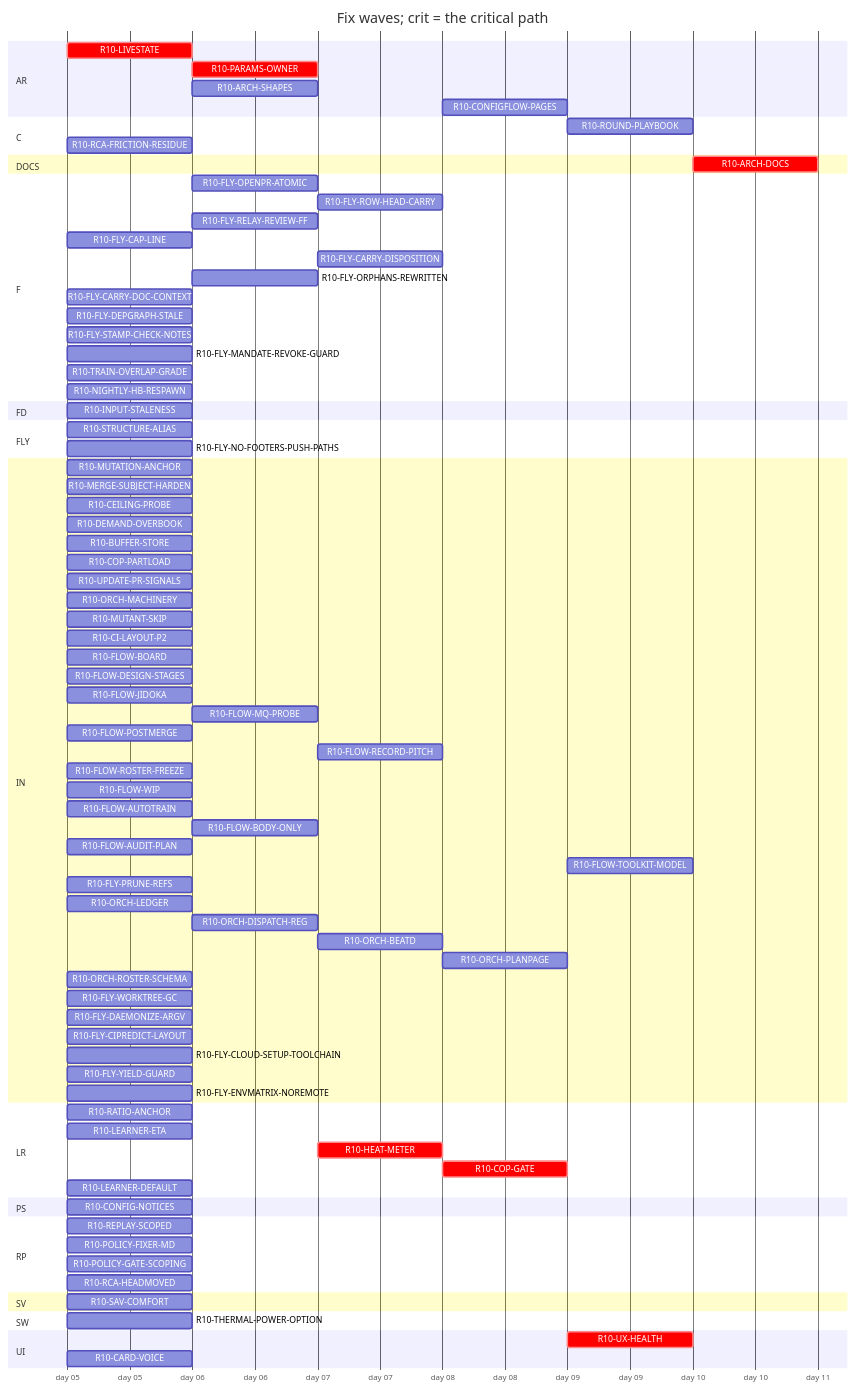
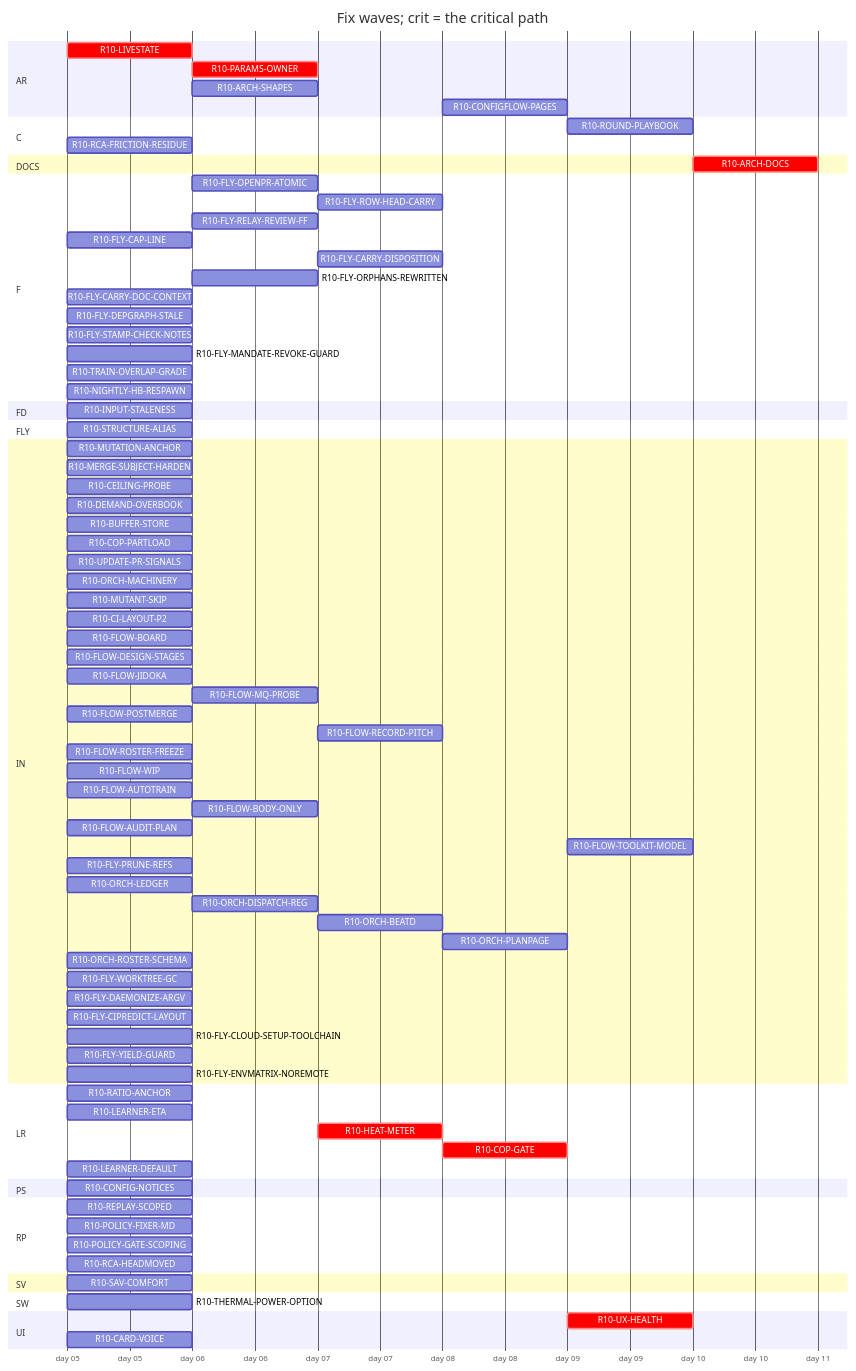
Before and after one commit to tvofi/heatpump_optimizer: the diagram in handoff/round10/state/PLAN-TABLE.md, drawn with Mermaid. The commit also changed other lines of this file and 2 other files, not shown here.

```diff
--- a/handoff/round10/state/PLAN-TABLE.md
+++ b/handoff/round10/state/PLAN-TABLE.md
@@ -55,7 +55,6 @@
     R10-INPUT-STALENESS :r10INPUTSTALENESS, 2026-01-05, 1d
   section FLY
     R10-STRUCTURE-ALIAS :r10STRUCTUREALIAS, 2026-01-05, 1d
-    R10-FLY-NO-FOOTERS-PUSH-PATHS :r10FLYNOFOOTERSPUSHPATHS, 2026-01-05, 1d
   section IN
     R10-MUTATION-ANCHOR :r10MUTATIONANCHOR, 2026-01-05, 1d
     R10-MERGE-SUBJECT-HARDEN :r10MERGESUBJECTHARDEN, 2026-01-05, 1d
```
